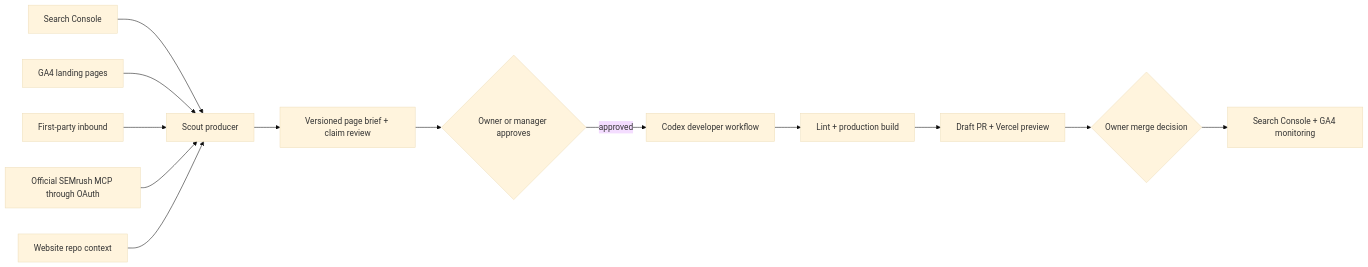
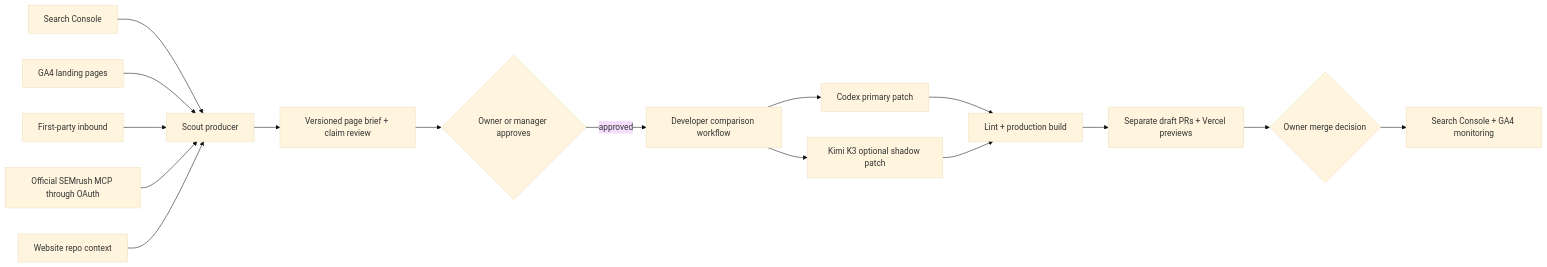
One commit to newell29/newl-apps changed the diagram in docs/modules/website-growth/overview.md. Above: the diagram before and after it, drawn with Mermaid (base theme). The commit also changed other lines of this file and 4 other files, not shown here.

Commit message:
Document Kimi website growth comparison

````diff
--- a/docs/modules/website-growth/overview.md
+++ b/docs/modules/website-growth/overview.md
@@ -13,15 +13,18 @@
 ```mermaid
 flowchart LR
   GSC[Search Console] --> Scout[Scout producer]
   GA4[GA4 landing pages] --> Scout
   Leads[First-party inbound] --> Scout
   Semrush[Official SEMrush MCP through OAuth] --> Scout
   Repo[Website repo context] --> Scout
   Scout --> Brief[Versioned page brief + claim review]
   Brief --> Approval{Owner or manager approves}
-  Approval -->|approved| Build[Codex developer workflow]
-  Build --> Checks[Lint + production build]
-  Checks --> PR[Draft PR + Vercel preview]
+  Approval -->|approved| Build[Developer comparison workflow]
+  Build --> Codex[Codex primary patch]
+  Build --> Kimi[Kimi K3 optional shadow patch]
+  Codex --> Checks[Lint + production build]
+  Kimi --> Checks
+  Checks --> PR[Separate draft PRs + Vercel previews]
   PR --> Merge{Owner merge decision}
   Merge --> Monitor[Search Console + GA4 monitoring]
 ```
````
